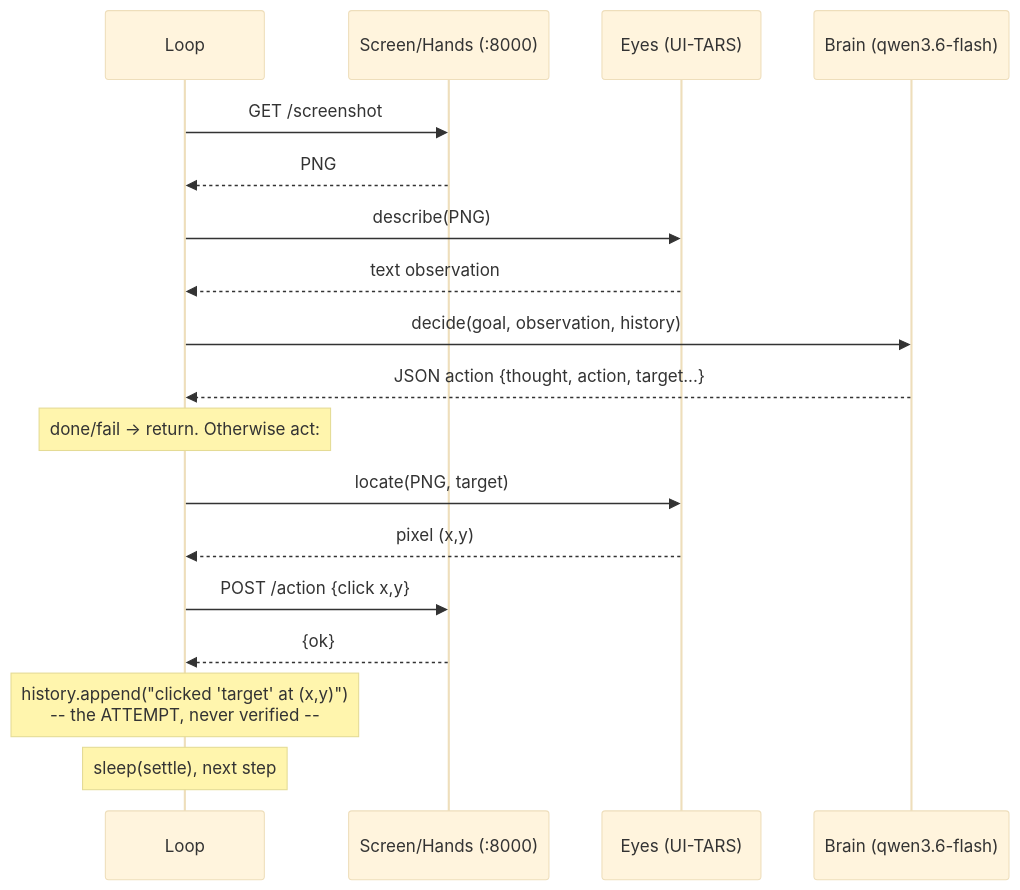
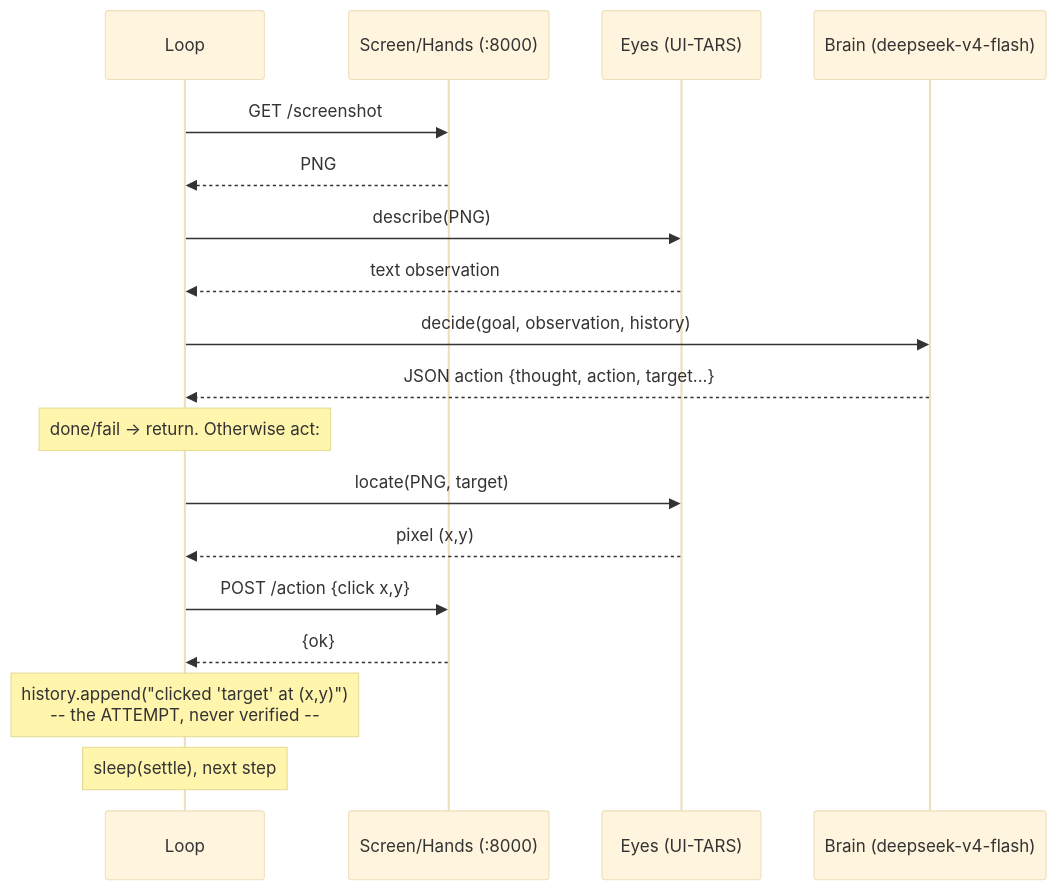
Before and after one commit to alvseek/BRYES: the second of 5 diagrams in docs/agent-loop-flow.md, drawn with Mermaid (base theme). The commit also changed other lines of this file and 10 other files, not shown here.

First line of the commit message:
feat(brain): structured output via response_format json_schema (ADR-005 amended) — deepseek primary + gemini backup

````diff
--- a/docs/agent-loop-flow.md
+++ b/docs/agent-loop-flow.md
@@ -102,21 +102,21 @@
 ```mermaid
 sequenceDiagram
     participant L as Loop
     participant S as Screen/Hands (:8000)
     participant E as Eyes (UI-TARS)
-    participant B as Brain (qwen3.6-flash)
+    participant B as Brain (deepseek-v4-flash)
 
     L->>S: GET /screenshot
     S-->>L: PNG
     L->>E: describe(PNG)
     E-->>L: text observation
     L->>B: decide(goal, observation, history)
     B-->>L: JSON action {thought, action, target...}
     Note over L: done/fail -> return. Otherwise act:
     L->>E: locate(PNG, target)
     E-->>L: pixel (x,y)
     L->>S: POST /action {click x,y}
     S-->>L: {ok}
     Note over L: history.append("clicked 'target' at (x,y)")<br/>-- the ATTEMPT, never verified --
     Note over L: sleep(settle), next step
 ```
````
